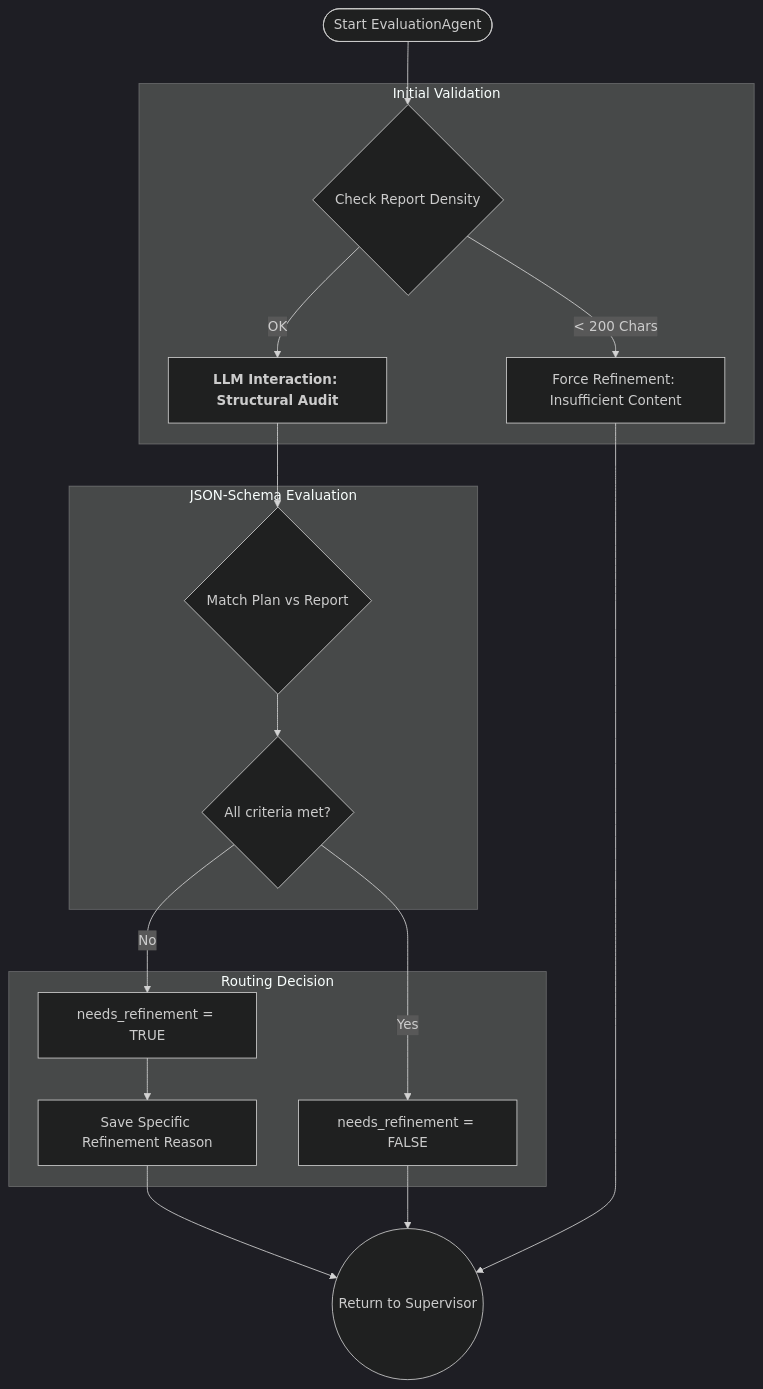
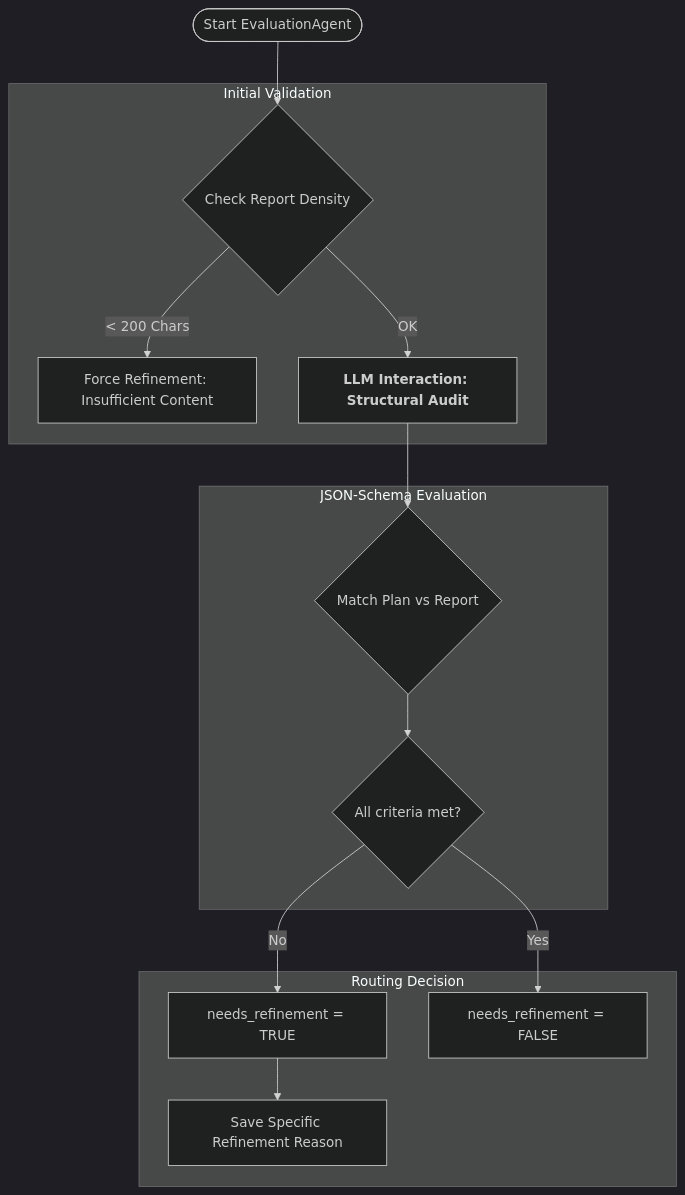
Diagram 18 of 19 in README.md (abhisakh/ResearchLLM_MultiAgent_LangGraph_RagGraph), drawn with Mermaid (dark theme) before and after one commit.

````diff
--- a/README.md
+++ b/README.md
@@ -2396,24 +2356,20 @@
 ```mermaid
 graph TD
     Start([Start EvaluationAgent]) --> Density{Check Report Density}
 
     subgraph G1_Validation [Initial Validation]
     Density -- < 200 Chars --> ForceRefine[Force Refinement: Insufficient Content]
     Density -- OK --> LLM_Audit[<b>LLM Interaction: Structural Audit</b>]
     end
 
     subgraph LLM_Analysis [JSON-Schema Evaluation]
     LLM_Audit --> Parse{Match Plan vs Report}
     Parse --> Success{All criteria met?}
     end
 
     subgraph State_Update [Routing Decision]
     Success -- No --> SetTrue[needs_refinement = TRUE]
     SetTrue --> AddReason[Save Specific Refinement Reason]
     Success -- Yes --> SetFalse[needs_refinement = FALSE]
     end
-
-    AddReason --> Exit((Return to Supervisor))
-    SetFalse --> Exit
-    ForceRefine --> Exit
 ```
````
